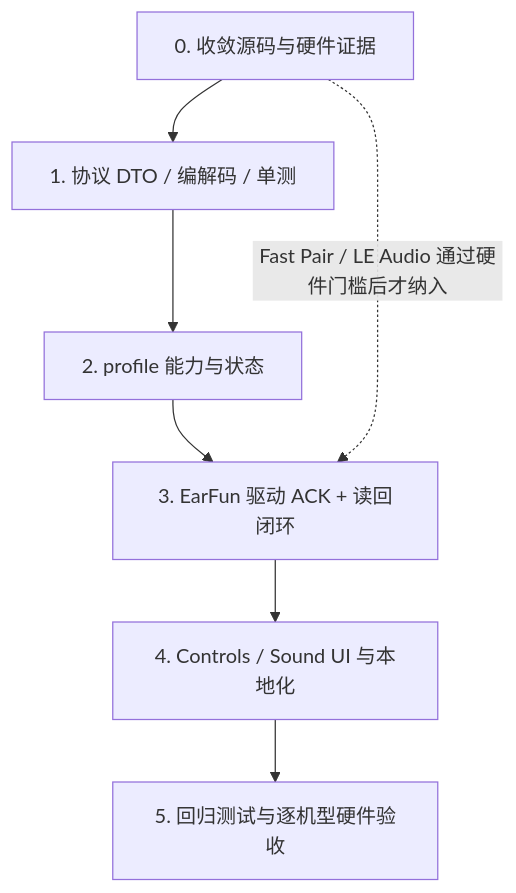
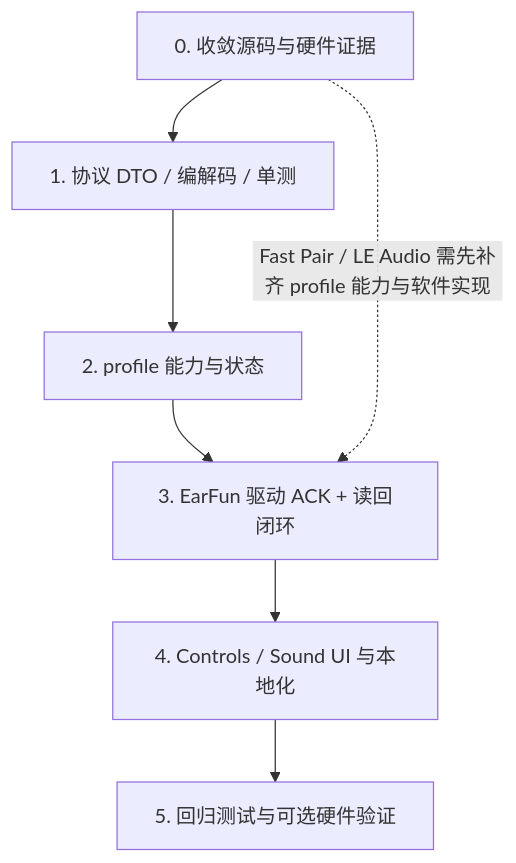
One commit to onlymash/WaveTune changed the diagram in docs/plan/EARFUN_ADVANCED_CONTROLS_DEVELOPMENT_PLAN.md. Above: the diagram before and after it, drawn with Mermaid. The commit also changed other lines of this file and 45 other files, not shown here.

````diff
--- a/docs/plan/EARFUN_ADVANCED_CONTROLS_DEVELOPMENT_PLAN.md
+++ b/docs/plan/EARFUN_ADVANCED_CONTROLS_DEVELOPMENT_PLAN.md
@@ -113,11 +113,11 @@
 ```mermaid
 flowchart TD
     P0["0. 收敛源码与硬件证据"]
     P1["1. 协议 DTO / 编解码 / 单测"]
     P2["2. profile 能力与状态"]
     P3["3. EarFun 驱动 ACK + 读回闭环"]
     P4["4. Controls / Sound UI 与本地化"]
-    P5["5. 回归测试与逐机型硬件验收"]
+    P5["5. 回归测试与可选硬件验证"]
     P0 --> P1 --> P2 --> P3 --> P4 --> P5
-    P0 -. "Fast Pair / LE Audio 通过硬件门槛后才纳入" .-> P3
+    P0 -. "Fast Pair / LE Audio 需先补齐 profile 能力与软件实现" .-> P3
 ```
````
